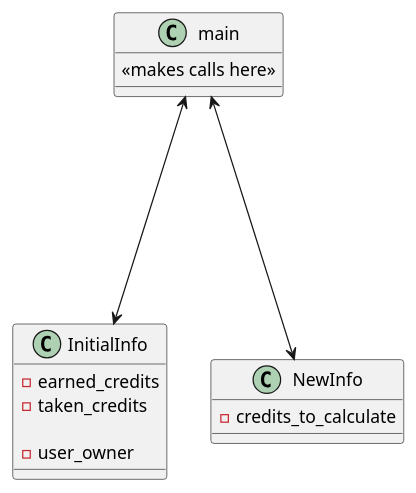
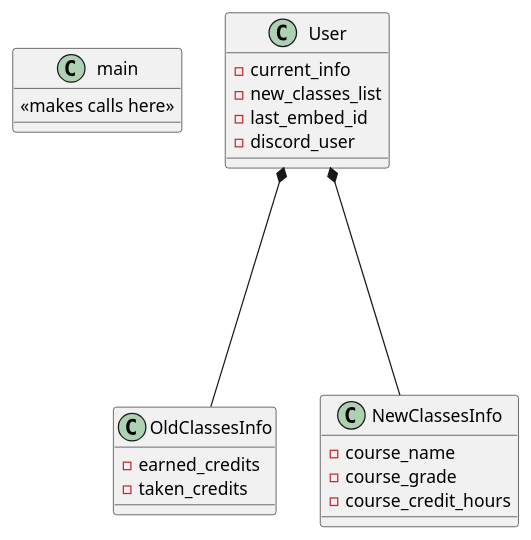
The diagram in Project Diagram/UML.puml (pedrofcarvalho/UCFCalculator), drawn with PlantUML before and after one commit. The commit also changed 2 other files, not shown here.

Commit message:
Classes Design Update

```diff
--- a/Project Diagram/UML.puml
+++ b/Project Diagram/UML.puml
@@ -1,31 +1,38 @@
 @startuml
 
 class main
 {
     << makes calls here >>
 }
 
-class InitialInfo
+class OldClassesInfo
 {
-    ' calculation model is (earned_credits / taken_credits)
-
+    ' GPA calculation model is (earned_credits / taken_credits)
 
     ' the number of grades to be divided
     - earned_credits
     ' the number of credits to divide by
     - taken_credits
-
-    ' the user that the info is related to
-    - user_owner
 }
 
-class NewInfo
+class NewClassesInfo
 {
     ' the list of classes added to the user (another class)
-    - credits_to_calculate
+    - course_name
+    - course_grade
+    - course_credit_hours
 }
 
-main <-down---> InitialInfo
-main <-down---> NewInfo
+class User
+{
+    - current_info
+    - new_classes_list
+    - last_embed_id
+    - discord_user
+}
+
+' relates User with other classes
+User *-down--- OldClassesInfo
+User *-down--- NewClassesInfo
 
 @enduml
```
